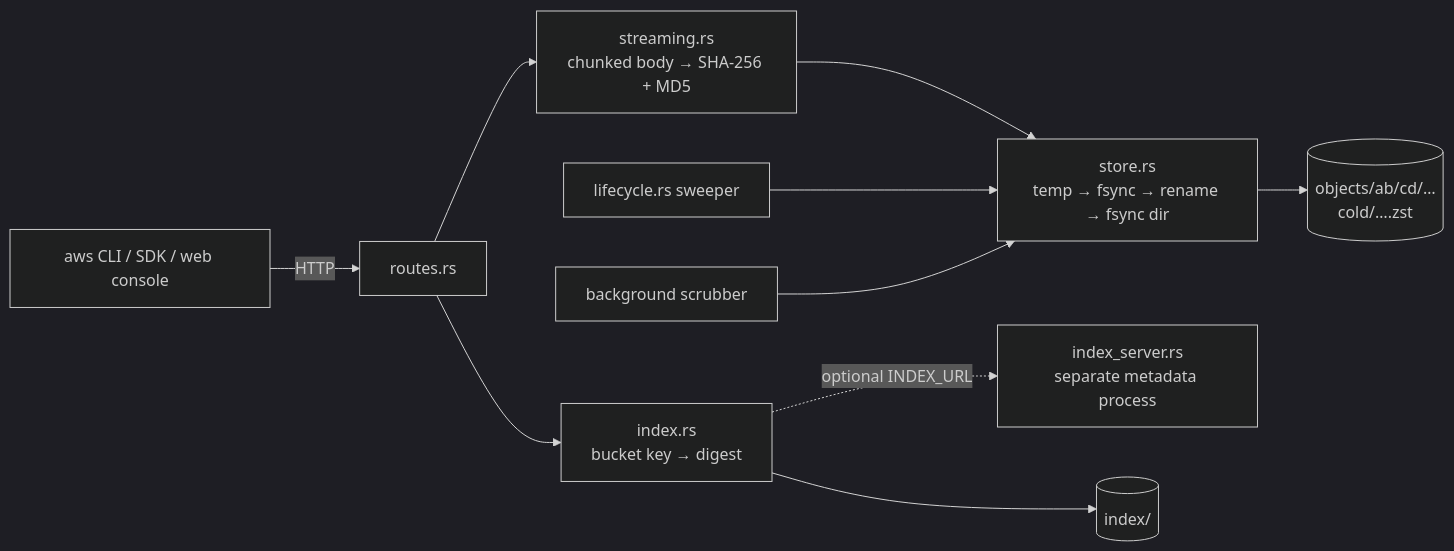
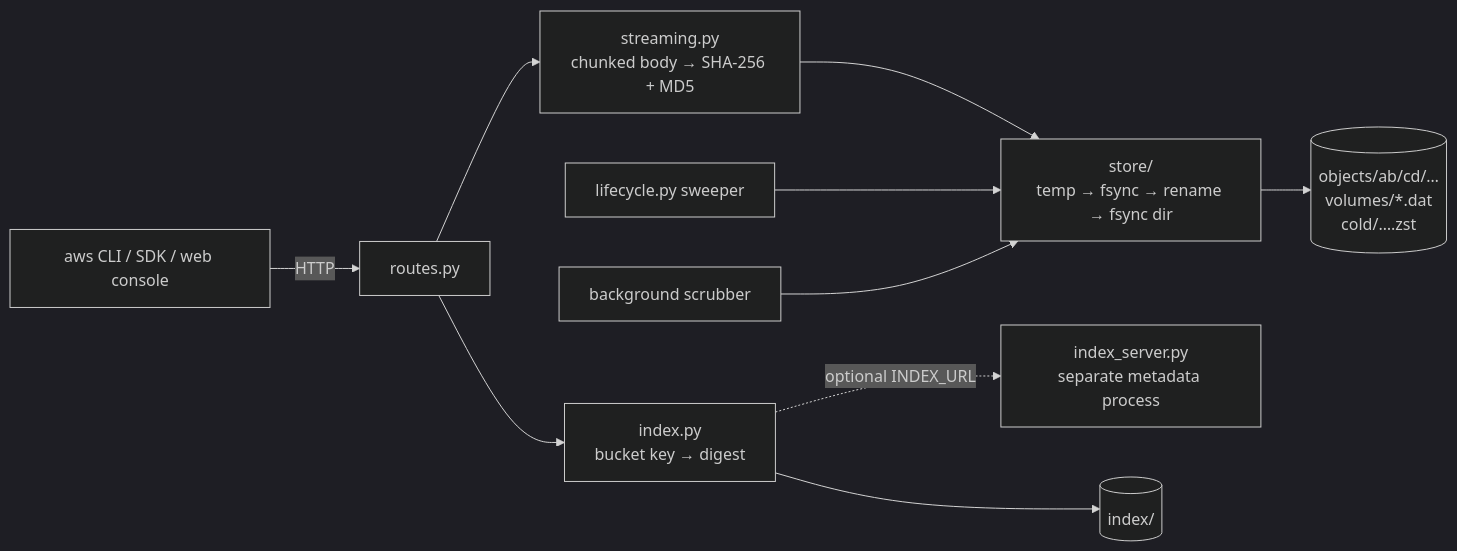
The diagram in projects/06-object-store/README.md (utkarsh5026/backend-gauntlet), drawn with Mermaid (dark theme) before and after one commit. The commit also changed other lines of this file and 111 other files, not shown here.

````diff
--- a/projects/06-object-store/README.md
+++ b/projects/06-object-store/README.md
@@ -25,12 +25,12 @@
 ```mermaid
 flowchart LR
-    client[aws CLI / SDK / web console] -->|HTTP| routes[routes.rs]
-    routes --> streaming[streaming.rs<br/>chunked body → SHA-256 + MD5]
-    streaming --> store[store.rs<br/>temp → fsync → rename → fsync dir]
-    store --> blobs[(objects/ab/cd/…<br/>cold/….zst)]
-    routes --> index[index.rs<br/>bucket key → digest]
-    index -.optional INDEX_URL.-> indexsvc[index_server.rs<br/>separate metadata process]
+    client[aws CLI / SDK / web console] -->|HTTP| routes[routes.py]
+    routes --> streaming[streaming.py<br/>chunked body → SHA-256 + MD5]
+    streaming --> store[store/<br/>temp → fsync → rename → fsync dir]
+    store --> blobs[(objects/ab/cd/…<br/>volumes/*.dat<br/>cold/….zst)]
+    routes --> index[index.py<br/>bucket key → digest]
+    index -.optional INDEX_URL.-> indexsvc[index_server.py<br/>separate metadata process]
     index --> meta[(index/)]
-    sweeper[lifecycle.rs sweeper] --> store
+    sweeper[lifecycle.py sweeper] --> store
     scrubber[background scrubber] --> store
 ```
````
